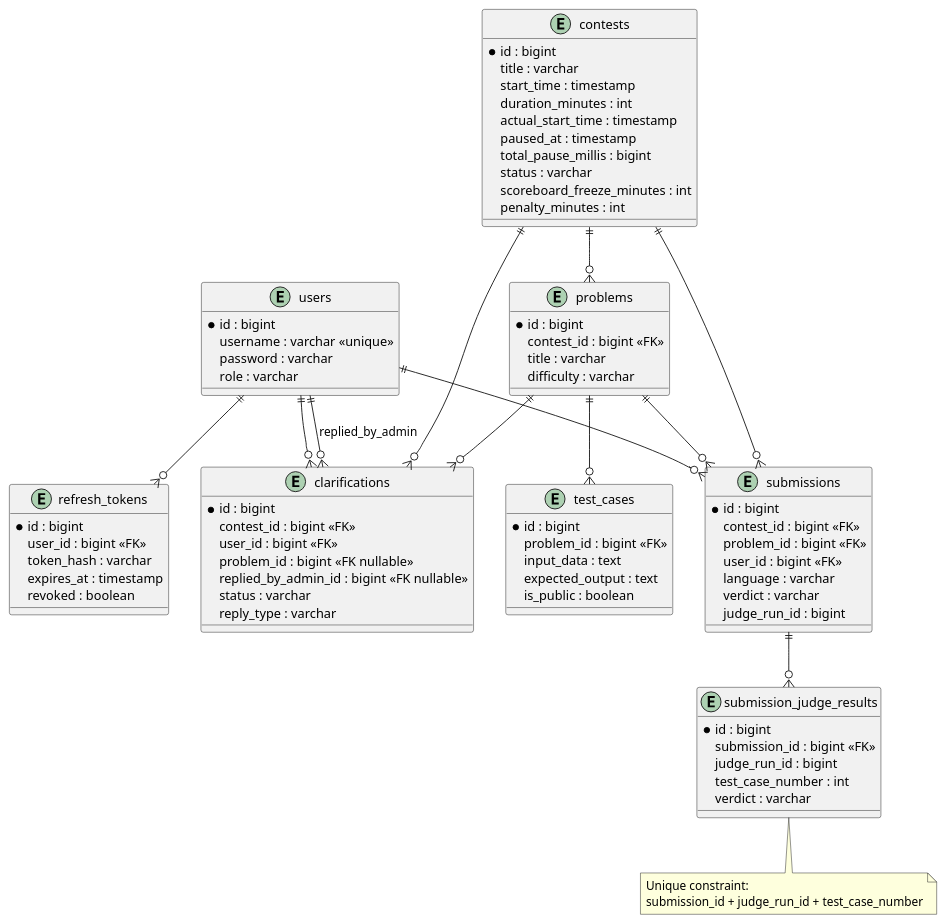
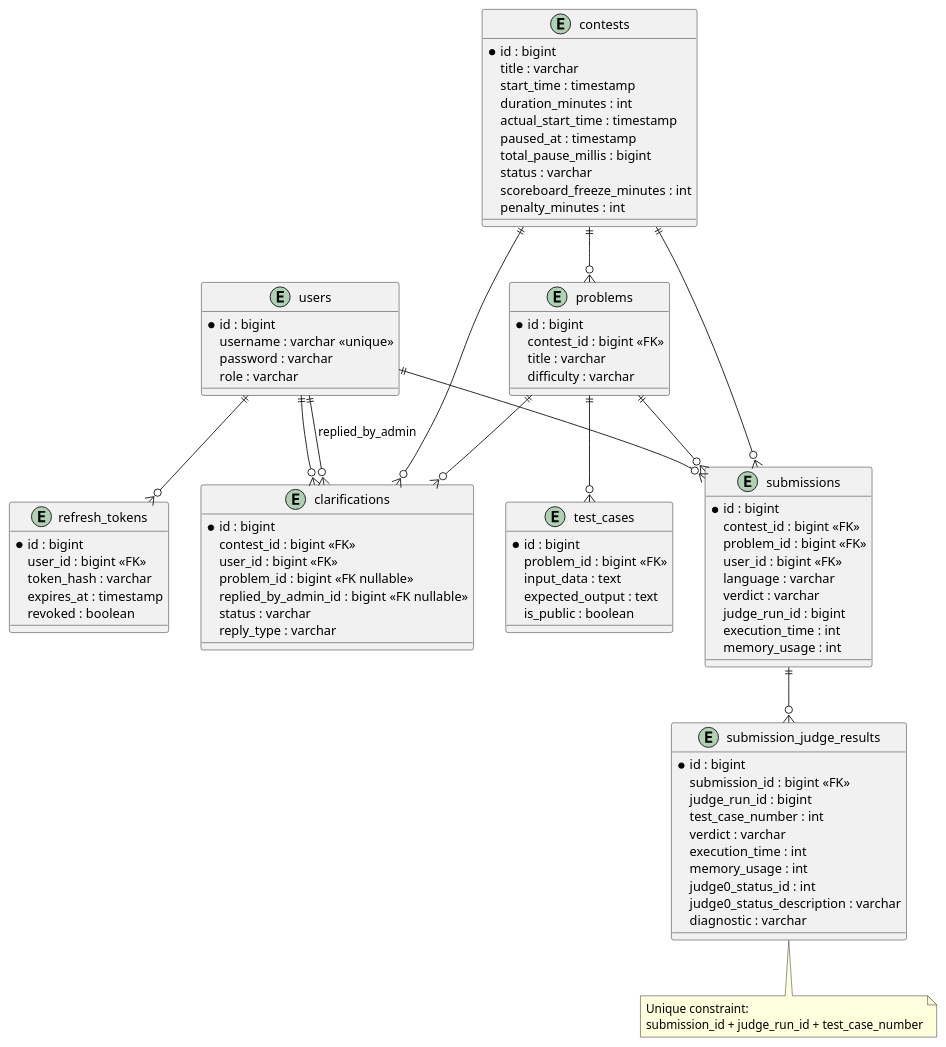
Before and after one commit to AuraC-graduate-project/AuraC2: diagram 17 of 17 in docs/report-rebuild/diagram-prompts.md, drawn with PlantUML. The commit also changed other lines of this file and 3 other files, not shown here.

```diff
--- a/docs/report-rebuild/diagram-prompts.md
+++ b/docs/report-rebuild/diagram-prompts.md
@@ -791,6 +793,8 @@
   language : varchar
   verdict : varchar
   judge_run_id : bigint
+  execution_time : int
+  memory_usage : int
 }
 entity submission_judge_results {
   * id : bigint
@@ -798,6 +802,11 @@
   judge_run_id : bigint
   test_case_number : int
   verdict : varchar
+  execution_time : int
+  memory_usage : int
+  judge0_status_id : int
+  judge0_status_description : varchar
+  diagnostic : varchar
 }
 users ||--o{ refresh_tokens
 contests ||--o{ problems
```
